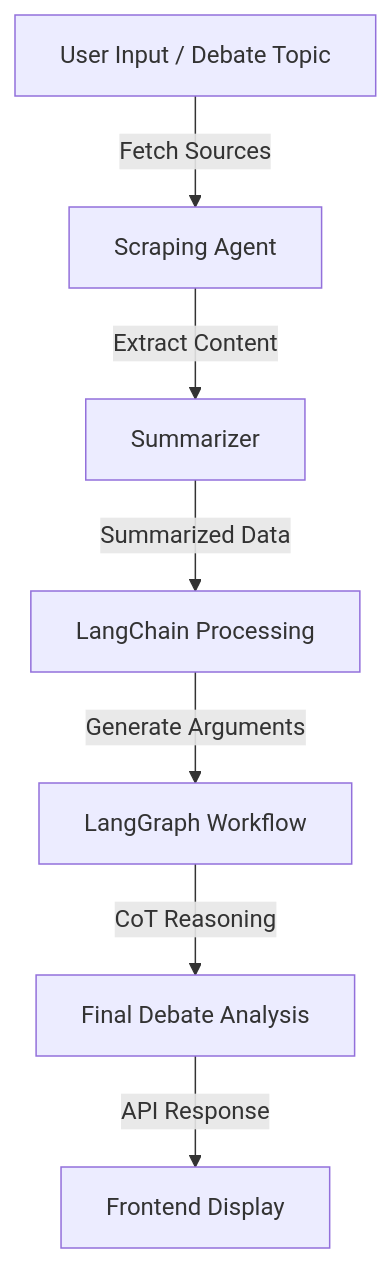
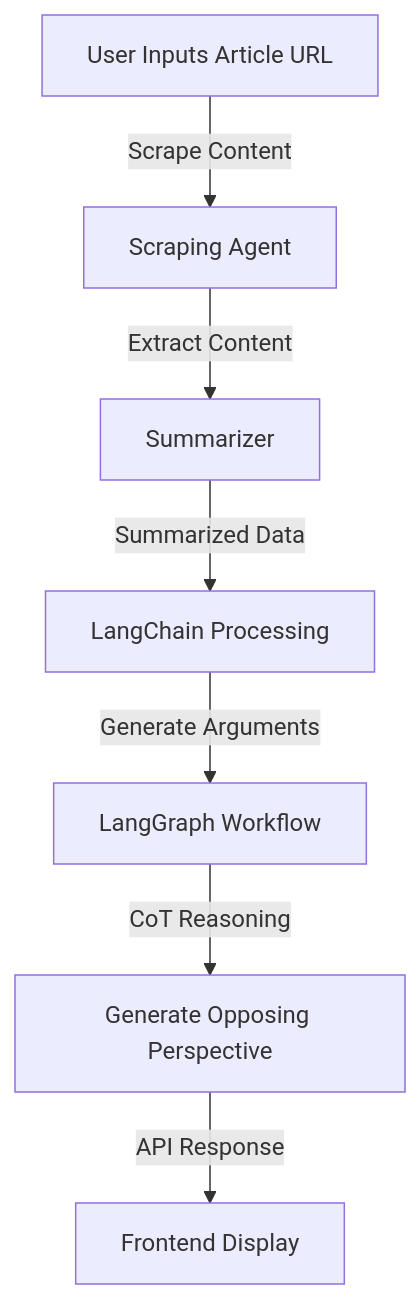
One commit to ParagGhatage/opposing-perspective-ai-prototype changed the diagram in Readme.md. Above: the diagram before and after it, drawn with Mermaid. The commit also changed other lines of this file, not shown here.

````diff
--- a/Readme.md
+++ b/Readme.md
@@ -41,9 +41,9 @@
 ```mermaid
 graph TD;
-    A[User Input / Debate Topic] -->|Fetch Sources| B[Scraping Agent];
+    A[User Inputs Article URL] -->|Scrape Content| B[Scraping Agent];
     B -->|Extract Content| C[Summarizer];
     C -->|Summarized Data| D[LangChain Processing];
     D -->|Generate Arguments| E[LangGraph Workflow];
-    E -->|CoT Reasoning| F[Final Debate Analysis];
+    E -->|CoT Reasoning| F[Generate Opposing Perspective];
     F -->|API Response| G[Frontend Display];
 ```
````
